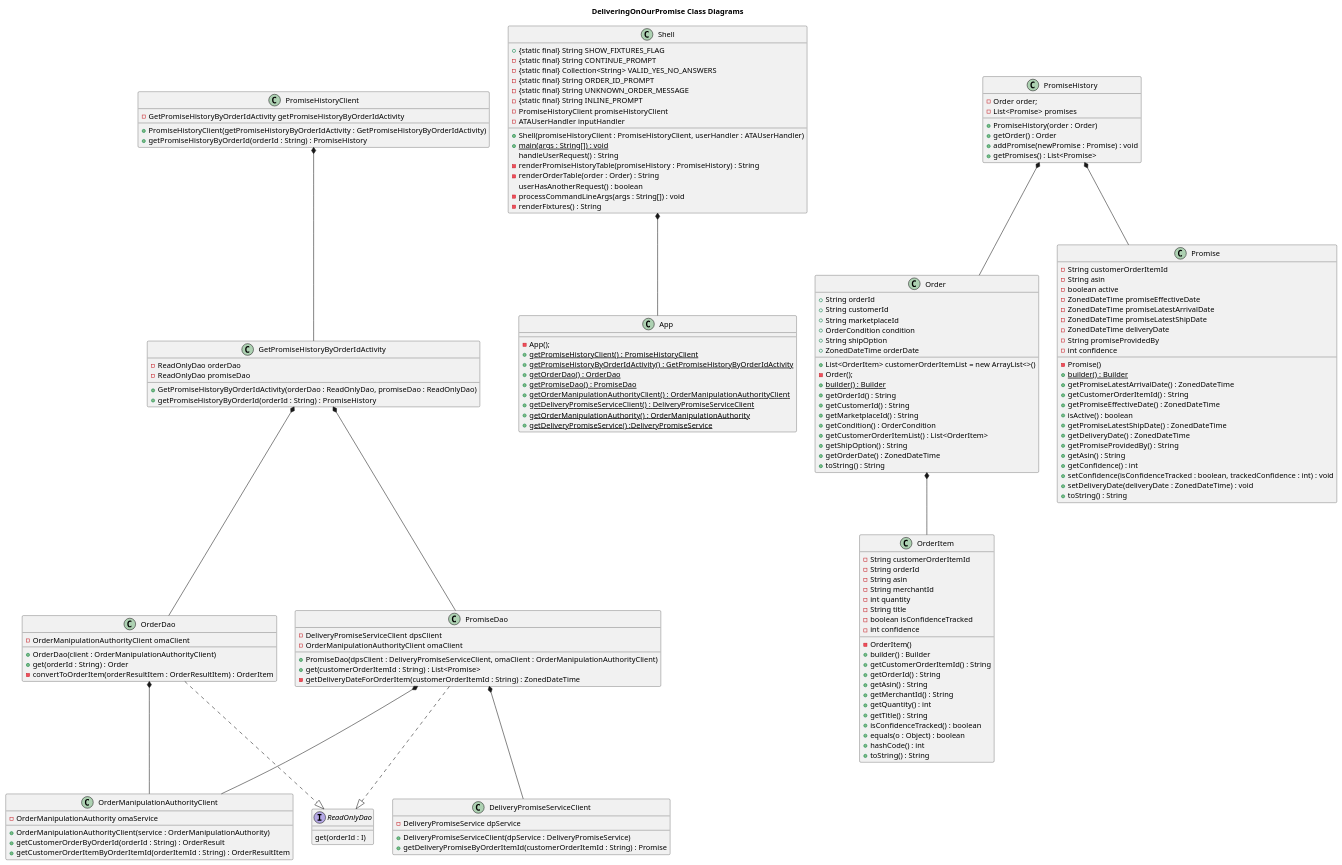
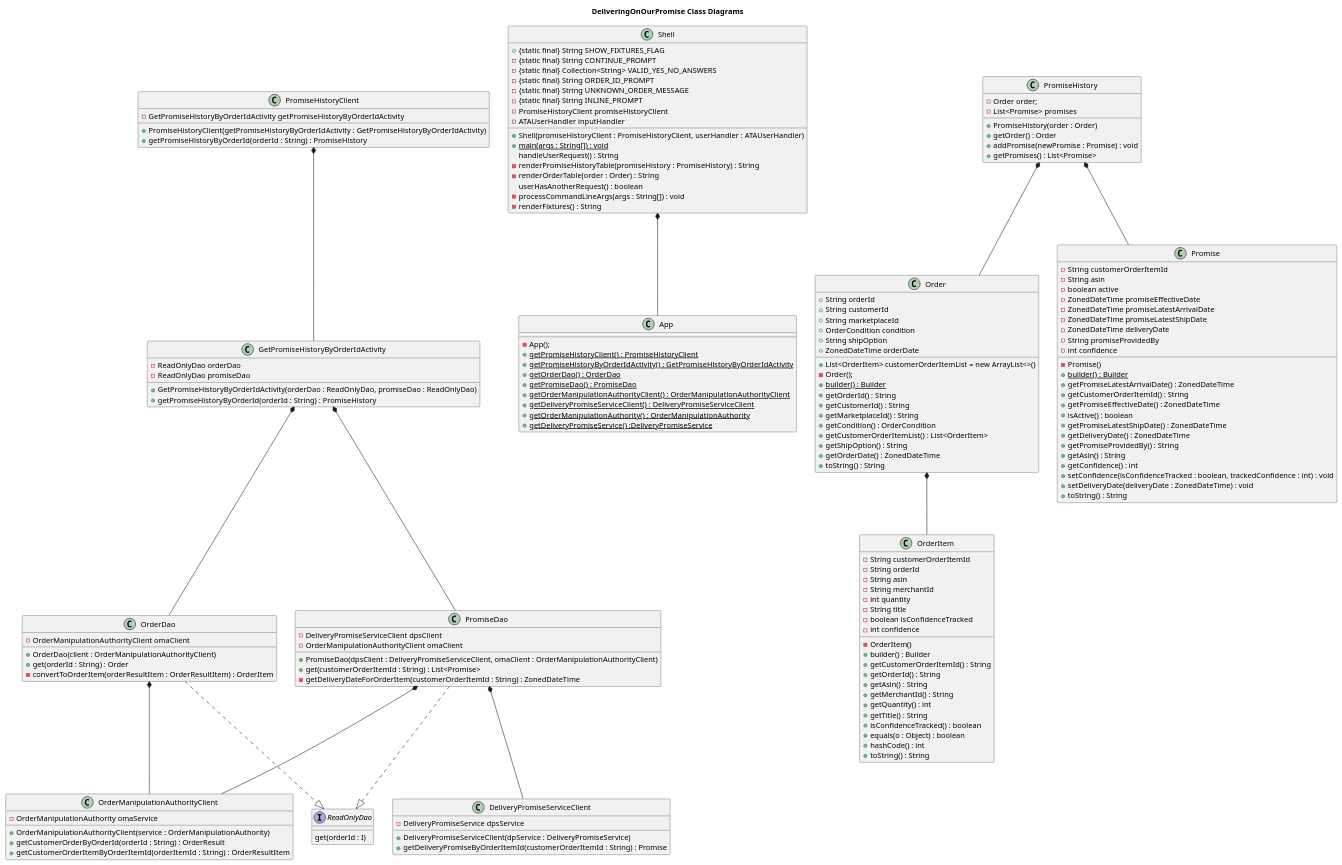
One commit to brianjknight/Delivery-Promise-Project changed the diagram in src/resources/deliveringonourpromise_CD.puml. Above: the diagram before and after it, drawn with PlantUML. The commit also changed 3 other files, not shown here.

Commit message:
Mastery task 4 updates to questions in resource file and diagrams. No changes to the code yet

```diff
--- a/src/resources/deliveringonourpromise_CD.puml
+++ b/src/resources/deliveringonourpromise_CD.puml
@@ -1,171 +1,171 @@
 @startuml
 title DeliveringOnOurPromise Class Diagrams
 
 interface ReadOnlyDao{
     get(orderId : I)
 }
 
 class Shell{
     + {static final} String SHOW_FIXTURES_FLAG
     - {static final} String CONTINUE_PROMPT
     - {static final} Collection<String> VALID_YES_NO_ANSWERS
     - {static final} String ORDER_ID_PROMPT
     - {static final} String UNKNOWN_ORDER_MESSAGE
     - {static final} String INLINE_PROMPT
     -PromiseHistoryClient promiseHistoryClient
     -ATAUserHandler inputHandler
     +Shell(promiseHistoryClient : PromiseHistoryClient, userHandler : ATAUserHandler)
     + {static} main(args : String[]) : void
     handleUserRequest() : String
     -renderPromiseHistoryTable(promiseHistory : PromiseHistory) : String
     -renderOrderTable(order : Order) : String
     userHasAnotherRequest() : boolean
     -processCommandLineArgs(args : String[]) : void
     -renderFixtures() : String
 }
 
 class App {
     -App();
     + {static} getPromiseHistoryClient() : PromiseHistoryClient
     + {static} getPromiseHistoryByOrderIdActivity() : GetPromiseHistoryByOrderIdActivity
     + {static} getOrderDao() : OrderDao
     + {static} getPromiseDao() : PromiseDao
     + {static} getOrderManipulationAuthorityClient() : OrderManipulationAuthorityClient
     + {static} getDeliveryPromiseServiceClient() : DeliveryPromiseServiceClient
     + {static} getOrderManipulationAuthority() : OrderManipulationAuthority
     + {static} getDeliveryPromiseService() :DeliveryPromiseService
 }
 
 class GetPromiseHistoryByOrderIdActivity{
     -ReadOnlyDao orderDao
     -ReadOnlyDao promiseDao
     +GetPromiseHistoryByOrderIdActivity(orderDao : ReadOnlyDao, promiseDao : ReadOnlyDao)
     +getPromiseHistoryByOrderId(orderId : String) : PromiseHistory
 }
 
 class OrderDao{
     -OrderManipulationAuthorityClient omaClient
     +OrderDao(client : OrderManipulationAuthorityClient)
     +get(orderId : String) : Order
     -convertToOrderItem(orderResultItem : OrderResultItem) : OrderItem
 }
 
 class PromiseDao{
     -DeliveryPromiseServiceClient dpsClient
     -OrderManipulationAuthorityClient omaClient
     +PromiseDao(dpsClient : DeliveryPromiseServiceClient, omaClient : OrderManipulationAuthorityClient)
     +get(customerOrderItemId : String) : List<Promise>
     -getDeliveryDateForOrderItem(customerOrderItemId : String) : ZonedDateTime
 }
 
 class OrderManipulationAuthorityClient{
     -OrderManipulationAuthority omaService
     +OrderManipulationAuthorityClient(service : OrderManipulationAuthority)
     +getCustomerOrderByOrderId(orderId : String) : OrderResult
     +getCustomerOrderItemByOrderItemId(orderItemId : String) : OrderResultItem
 }
 
 class DeliveryPromiseServiceClient{
-    -DeliveryPromiseService dpService
+    -DeliveryPromiseService dpsService
     +DeliveryPromiseServiceClient(dpService : DeliveryPromiseService)
     +getDeliveryPromiseByOrderItemId(customerOrderItemId : String) : Promise
 }
 
 class PromiseHistoryClient{
     -GetPromiseHistoryByOrderIdActivity getPromiseHistoryByOrderIdActivity
     +PromiseHistoryClient(getPromiseHistoryByOrderIdActivity : GetPromiseHistoryByOrderIdActivity)
     +getPromiseHistoryByOrderId(orderId : String) : PromiseHistory
 }
 
 class Order {
     +String orderId
     +String customerId
     +String marketplaceId
     +OrderCondition condition
     +List<OrderItem> customerOrderItemList = new ArrayList<>()
     +String shipOption
     +ZonedDateTime orderDate
     -Order();
     + {static} builder() : Builder
     +getOrderId() : String
     +getCustomerId() : String
     +getMarketplaceId() : String
     +getCondition() : OrderCondition
     +getCustomerOrderItemList() : List<OrderItem>
     +getShipOption() : String
     +getOrderDate() : ZonedDateTime
     +toString() : String
 }
 
 class OrderItem{
     -String customerOrderItemId
     -String orderId
     -String asin
     -String merchantId
     -int quantity
     -String title
     -boolean isConfidenceTracked
     -int confidence
     -OrderItem()
     +builder() : Builder
     +getCustomerOrderItemId() : String
     +getOrderId() : String
     +getAsin() : String
     +getMerchantId() : String
     +getQuantity() : int
     +getTitle() : String
     +isConfidenceTracked() : boolean
     +equals(o : Object) : boolean
     +hashCode() : int
     +toString() : String
 }
 
 class Promise{
     -String customerOrderItemId
     -String asin
     -boolean active
     -ZonedDateTime promiseEffectiveDate
     -ZonedDateTime promiseLatestArrivalDate
     -ZonedDateTime promiseLatestShipDate
     -ZonedDateTime deliveryDate
     -String promiseProvidedBy
     -int confidence
     -Promise()
     + {static} builder() : Builder
     +getPromiseLatestArrivalDate() : ZonedDateTime
     +getCustomerOrderItemId() : String
     +getPromiseEffectiveDate() : ZonedDateTime
     +isActive() : boolean
     +getPromiseLatestShipDate() : ZonedDateTime
     +getDeliveryDate() : ZonedDateTime
     +getPromiseProvidedBy() : String
     +getAsin() : String
     +getConfidence() : int
     +setConfidence(isConfidenceTracked : boolean, trackedConfidence : int) : void
     +setDeliveryDate(deliveryDate : ZonedDateTime) : void
     +toString() : String
  }
 
 class PromiseHistory{
     -Order order;
     -List<Promise> promises
     +PromiseHistory(order : Order)
     +getOrder() : Order
     +addPromise(newPromise : Promise) : void
     +getPromises() : List<Promise>
 }
 
 Shell *-- App
 PromiseHistoryClient *-- GetPromiseHistoryByOrderIdActivity
 GetPromiseHistoryByOrderIdActivity *-- OrderDao
 GetPromiseHistoryByOrderIdActivity *-- PromiseDao
 OrderDao *-- OrderManipulationAuthorityClient
 PromiseDao *-- OrderManipulationAuthorityClient
 PromiseDao *-- DeliveryPromiseServiceClient
 Order *-- OrderItem
 PromiseHistory *-- Promise
 PromiseHistory *-- Order
 PromiseDao ..|> ReadOnlyDao
 OrderDao ..|> ReadOnlyDao
 
 @enduml
```
